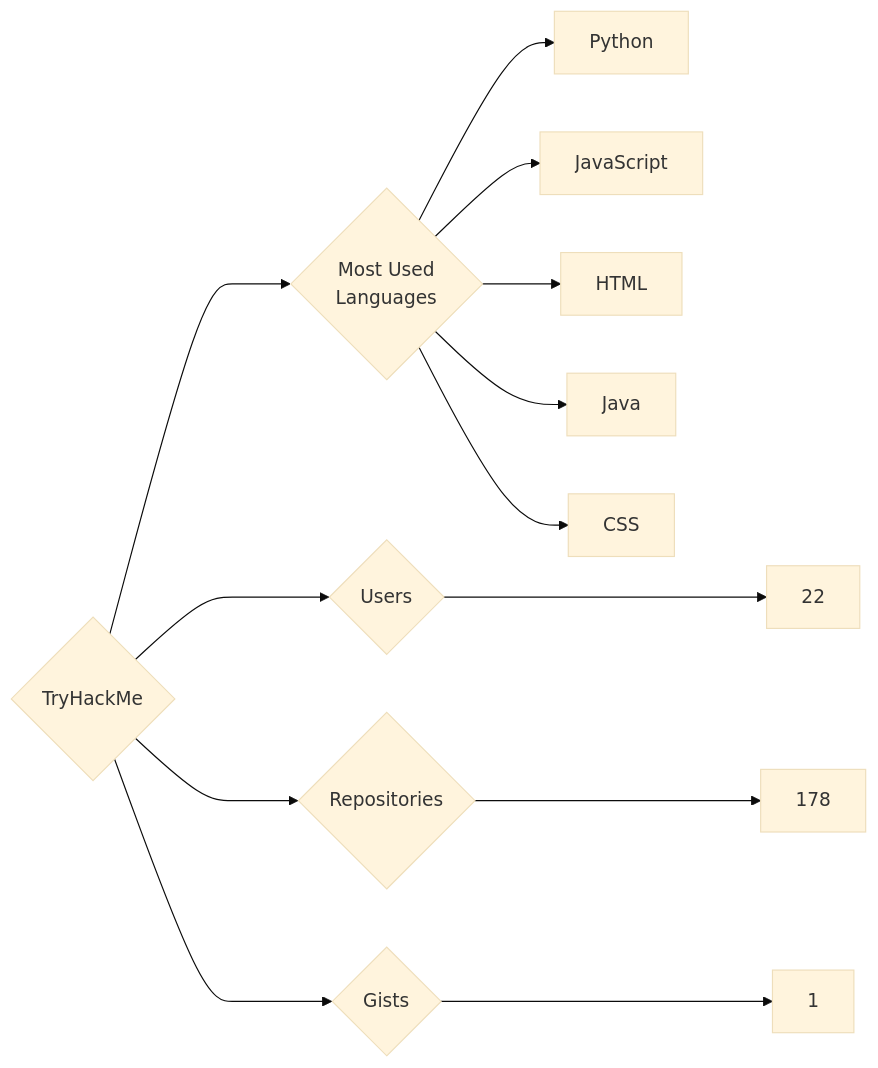
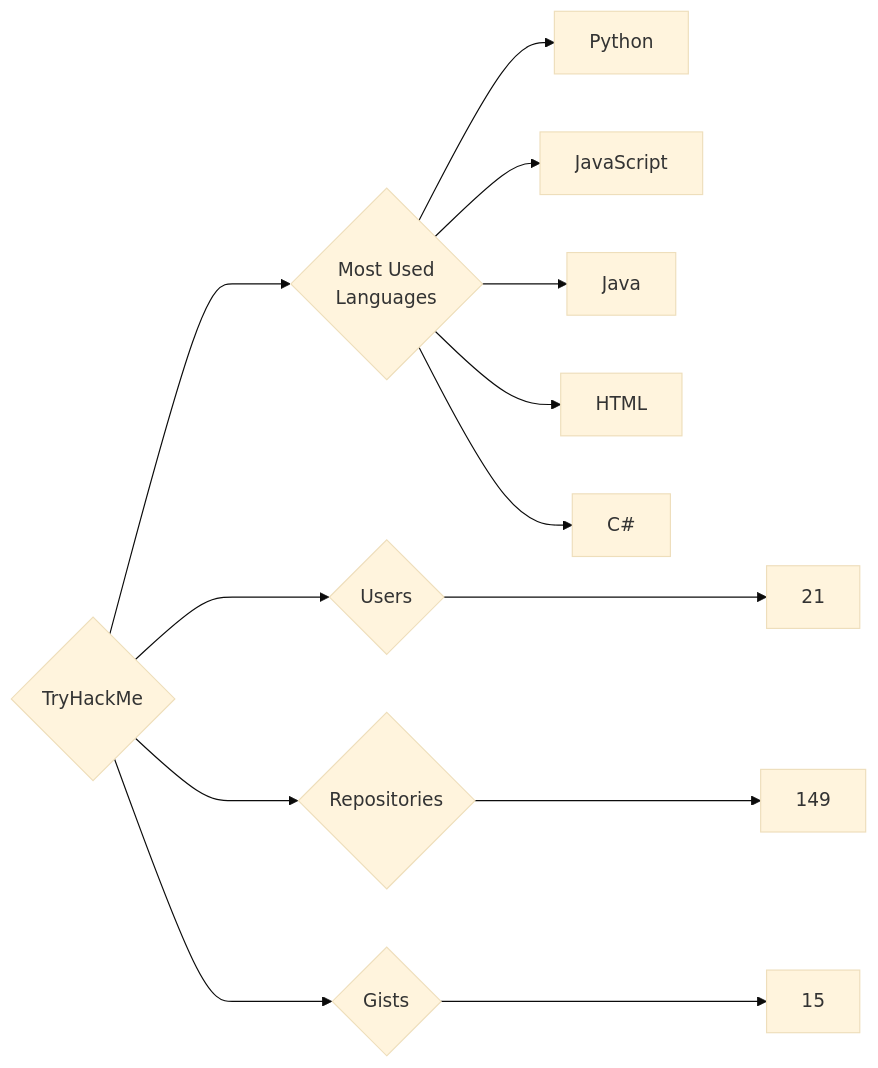
Before and after one commit to trickest/insiders: the diagram in targets/TryHackMe/README.md, drawn with Mermaid (base theme). The commit also changed 799 other files, not shown here.

````diff
--- a/targets/TryHackMe/README.md
+++ b/targets/TryHackMe/README.md
@@ -3,13 +3,13 @@
 ```mermaid
 graph LR
 COMPANY_NAME{TryHackMe}
-COMPANY_NAME ---> U{Users} ---> UN[22]
-COMPANY_NAME ---> R{Repositories} ---> RN[178]
-COMPANY_NAME ---> G{Gists} ---> GN[1]
+COMPANY_NAME ---> U{Users} ---> UN[21]
+COMPANY_NAME ---> R{Repositories} ---> RN[149]
+COMPANY_NAME ---> G{Gists} ---> GN[15]
 COMPANY_NAME ---> ML{Most Used<br>Languages}
 ML --> Python[Python]
 ML --> JavaScript[JavaScript]
+ML --> Java[Java]
 ML --> HTML[HTML]
-ML --> Java[Java]
-ML --> CSS[CSS]
+ML --> C#[C#]
 ```
````
